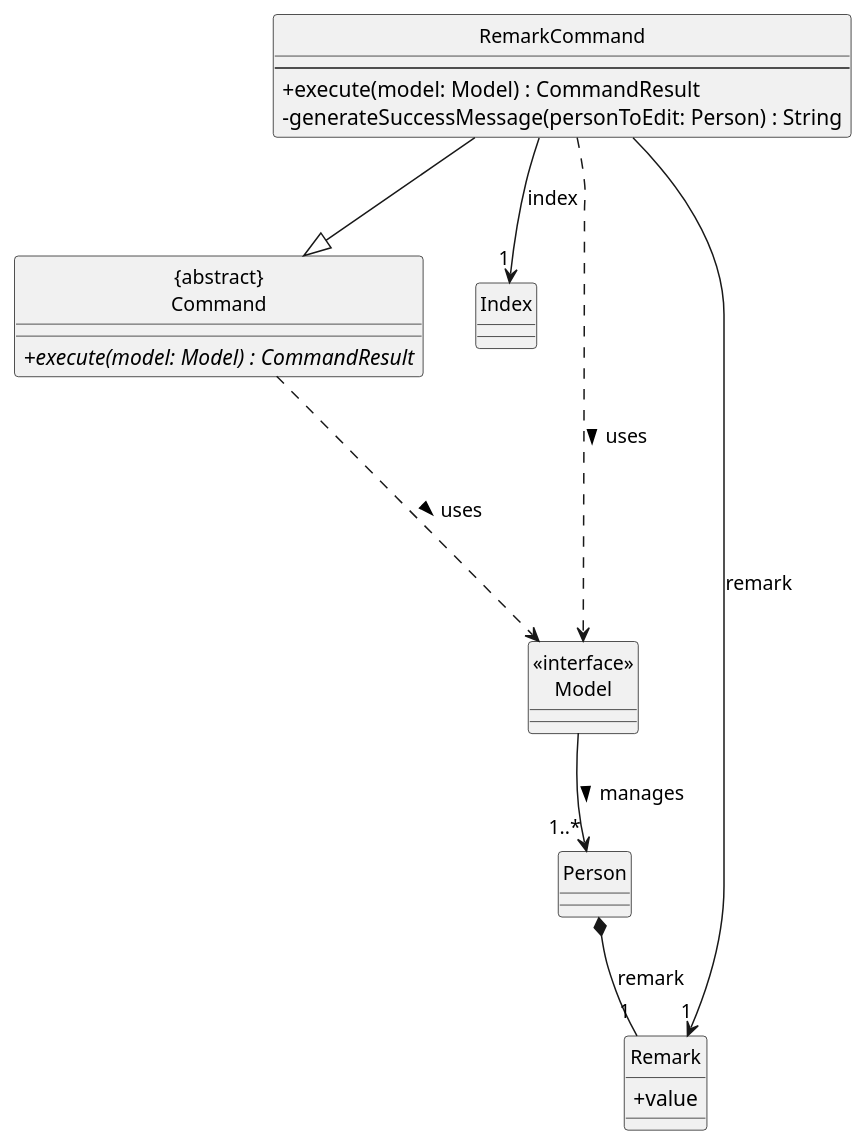
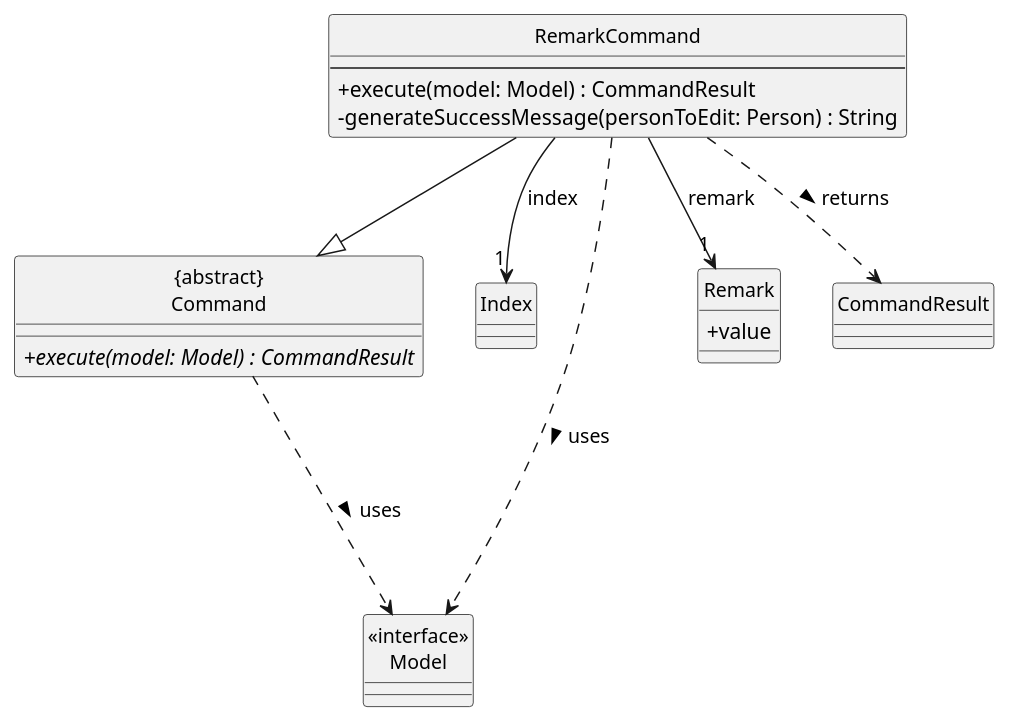
Before and after one commit to Kimberlee97/tp: the diagram in docs/diagrams/add-remark/RemarkClass.puml, drawn with PlantUML.

Commit message:
Improve Remark class diagram

```diff
--- a/docs/diagrams/add-remark/RemarkClass.puml
+++ b/docs/diagrams/add-remark/RemarkClass.puml
@@ -1,37 +1,36 @@
 @startuml
 hide circle
 skinparam classAttributeIconSize 0
 skinparam shadowing false
 skinparam classFontSize 13
 skinparam packageStyle rectangle
 
 class RemarkCommand {
     --
     + execute(model: Model) : CommandResult
     - generateSuccessMessage(personToEdit: Person) : String
 }
 
 class "{abstract}\nCommand" as Command {
     + {abstract} execute(model: Model) : CommandResult
 }
 
 class Index
 
 class "<<interface>>\nModel" as Model {
 }
 
-class Person
-
 class Remark {
     + value
 }
 
+class CommandResult
+
 ' Relationships with multiplicities
 RemarkCommand --|> Command
+RemarkCommand ..> CommandResult : returns >
 RemarkCommand --> "1" Index : index
 RemarkCommand --> "1" Remark : remark
 RemarkCommand ..> Model : uses >
 Command ...> Model : uses >
-Model --> "1..*" Person : manages >
-Person *-- "1" Remark : remark
 @enduml
```
